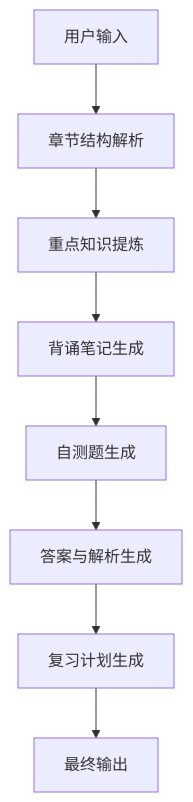
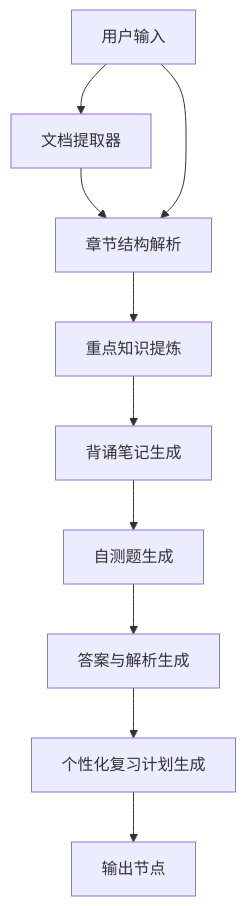
The diagram in docs/ai-workflow-design.md (aurelialabs/studyagent-dify), drawn with Mermaid before and after one commit. The commit also changed other lines of this file and 28 other files, not shown here.

````diff
--- a/docs/ai-workflow-design.md
+++ b/docs/ai-workflow-design.md
@@ -9,10 +5,12 @@
 ```mermaid
 flowchart TD
-    A["用户输入"] --> B["章节结构解析"]
-    B --> C["重点知识提炼"]
-    C --> D["背诵笔记生成"]
-    D --> E["自测题生成"]
-    E --> F["答案与解析生成"]
-    F --> G["复习计划生成"]
-    G --> H["最终输出"]
+    A["用户输入"] --> B["文档提取器"]
+    B --> C["章节结构解析"]
+    A --> C
+    C --> D["重点知识提炼"]
+    D --> E["背诵笔记生成"]
+    E --> F["自测题生成"]
+    F --> G["答案与解析生成"]
+    G --> H["个性化复习计划生成"]
+    H --> I["输出节点"]
 ```
````
